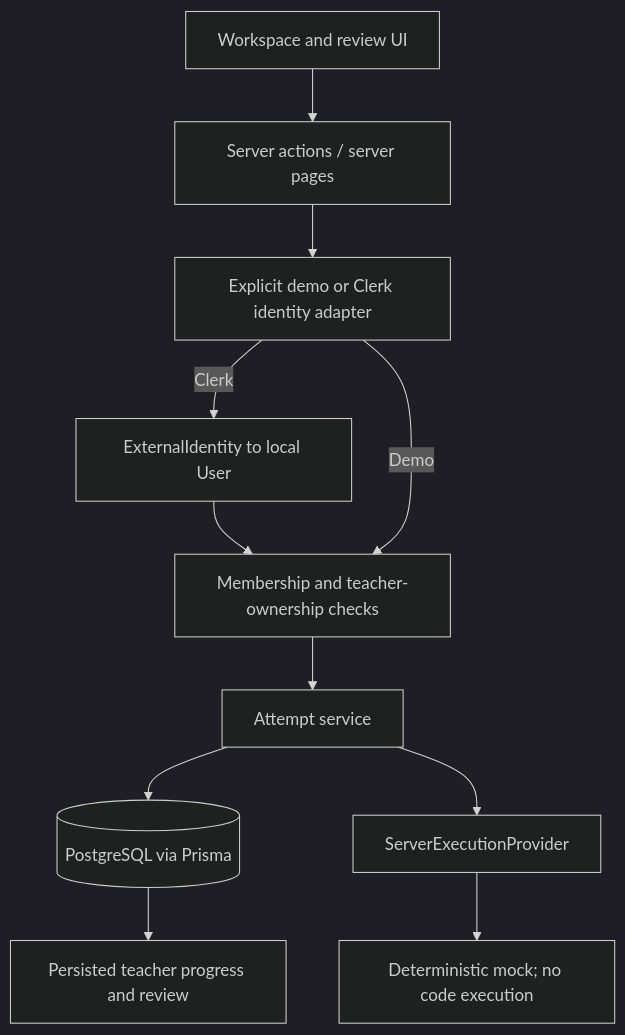
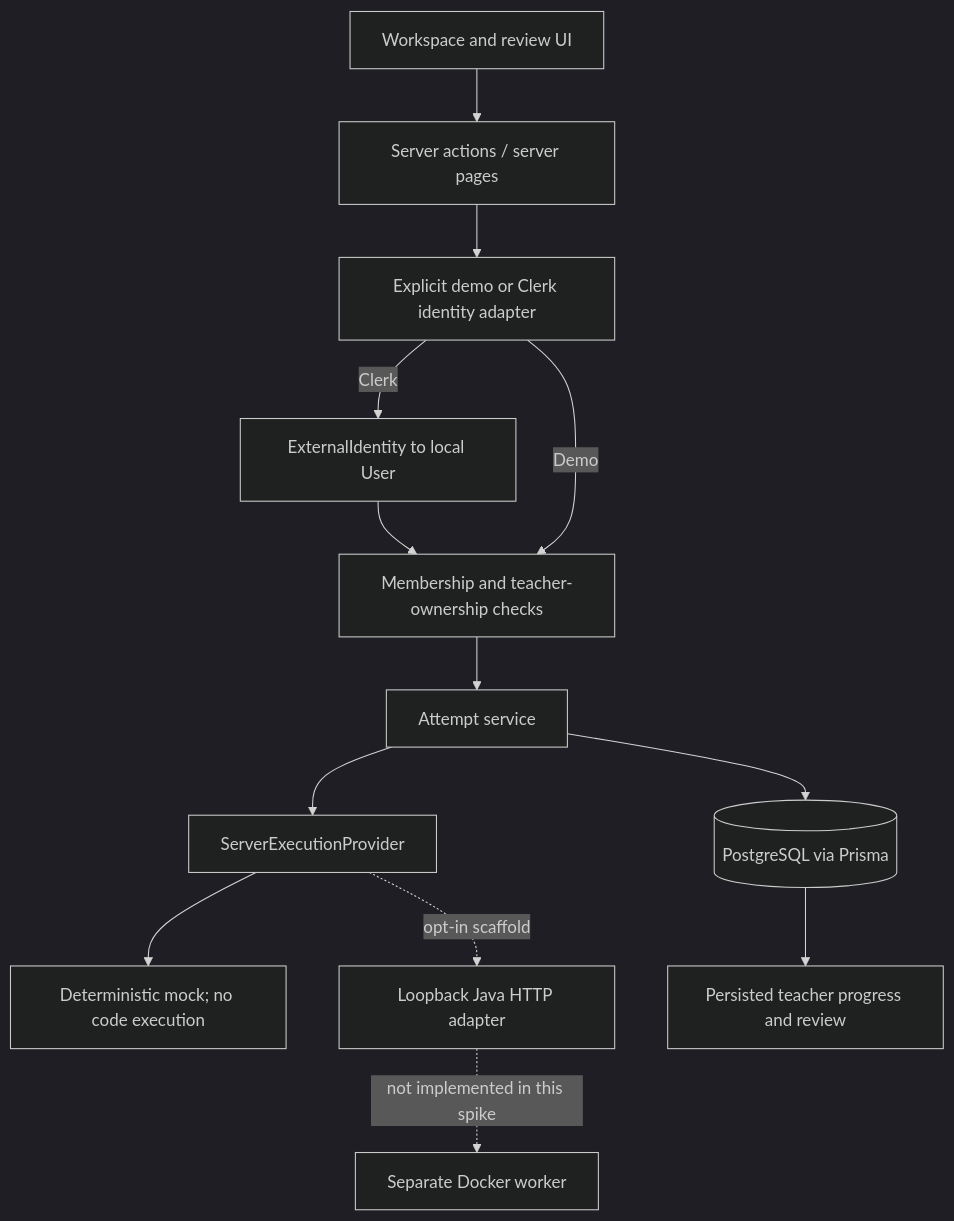
One commit to Tanishk1989/Labrix changed the first of 2 diagrams in docs/04-ARCHITECTURE.md. Above: the diagram before and after it, drawn with Mermaid (dark theme). The commit also changed other lines of this file and 9 other files, not shown here.

Commit message:
feat(execution): add local Java runner spike

````diff
--- a/docs/04-ARCHITECTURE.md
+++ b/docs/04-ARCHITECTURE.md
@@ -7,13 +7,15 @@
 ```mermaid
 flowchart TB
   UI["Workspace and review UI"] --> A["Server actions / server pages"]
   A --> ID["Explicit demo or Clerk identity adapter"]
   ID -->|"Clerk"| MAP["ExternalIdentity to local User"]
   MAP --> AUTHZ
   ID -->|"Demo"| AUTHZ["Membership and teacher-ownership checks"]
   AUTHZ --> SVC["Attempt service"]
   SVC --> DB[("PostgreSQL via Prisma")]
   SVC --> EP["ServerExecutionProvider"]
   EP --> MOCK["Deterministic mock; no code execution"]
+  EP -. "opt-in scaffold" .-> JHTTP["Loopback Java HTTP adapter"]
+  JHTTP -. "not implemented in this spike" .-> WORKER["Separate Docker worker"]
   DB --> REVIEW["Persisted teacher progress and review"]
 ```
````
